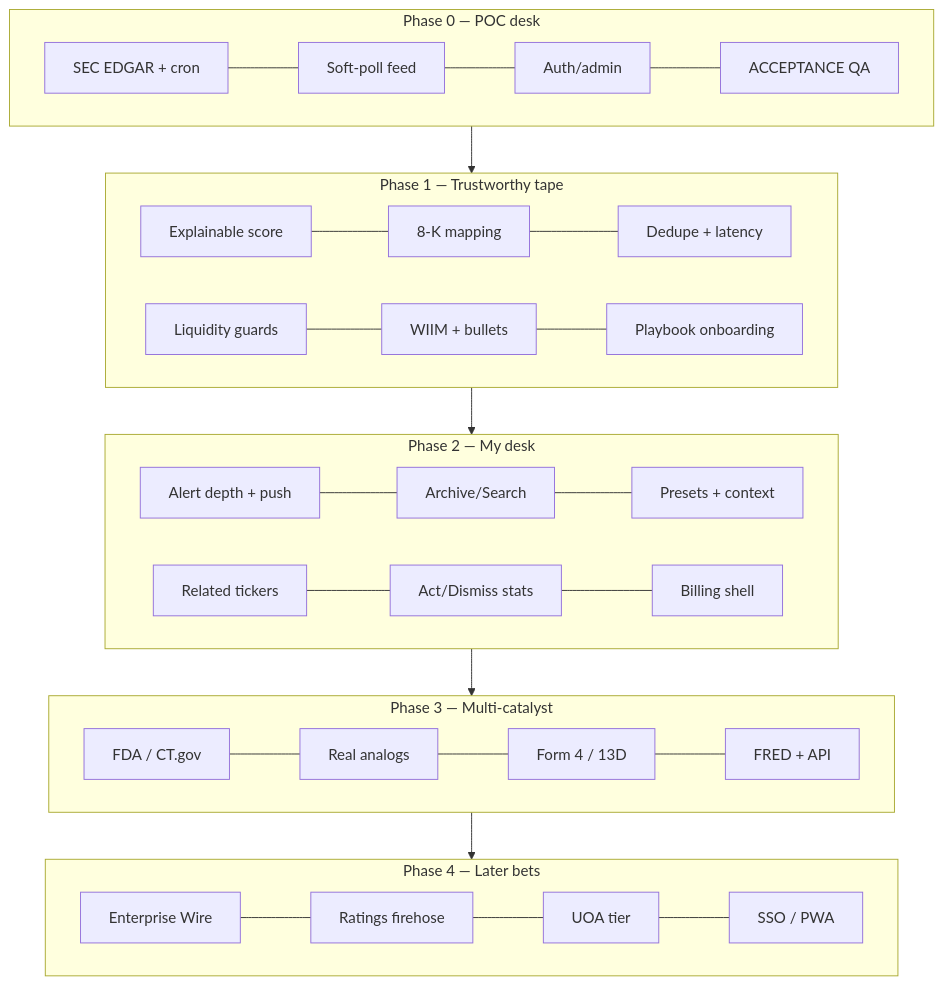
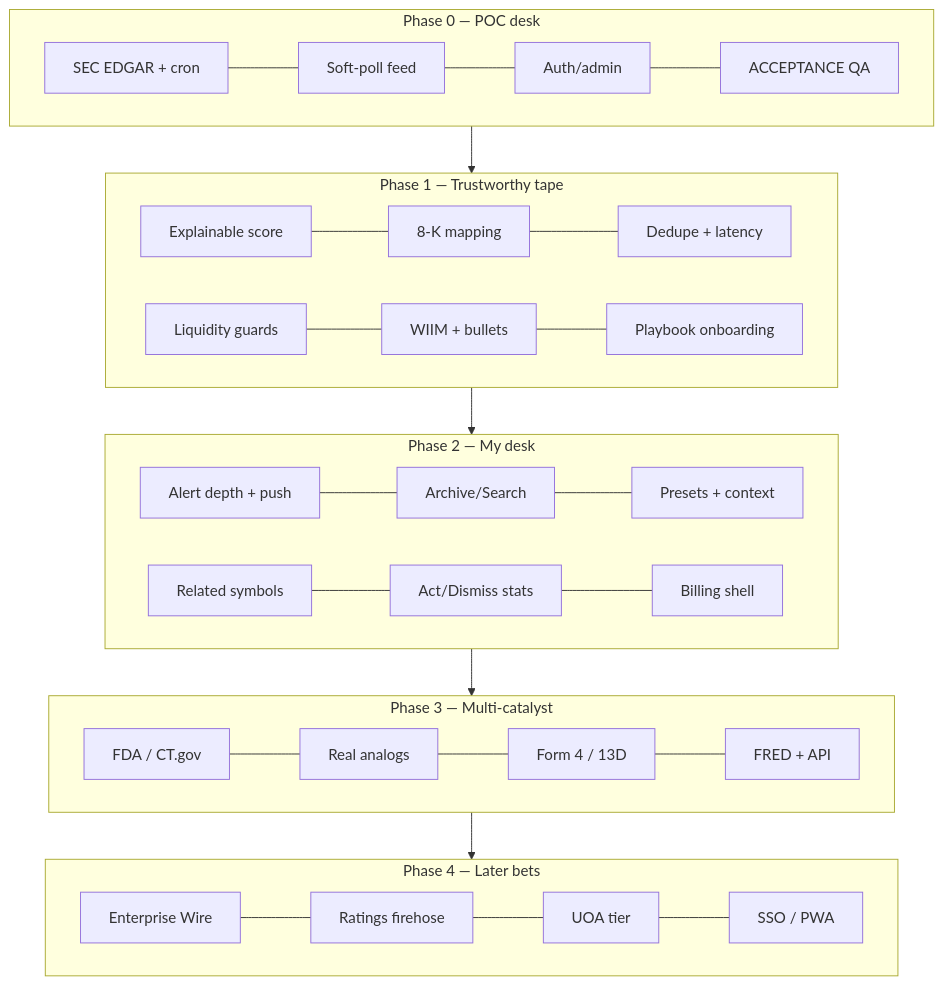
Before and after one commit to catalystintel/catalyst-intel: the seventh of 12 diagrams in docs/research/ENGINEER-UX-FEATURE-ROADMAP-VISUAL.md, drawn with Mermaid. The commit also changed other lines of this file and 100 other files, not shown here.

````diff
--- a/docs/research/ENGINEER-UX-FEATURE-ROADMAP-VISUAL.md
+++ b/docs/research/ENGINEER-UX-FEATURE-ROADMAP-VISUAL.md
@@ -269,31 +269,31 @@
 ```mermaid
 flowchart TB
   subgraph P0["Phase 0 — POC desk"]
     direction LR
     P0a[SEC EDGAR + cron] --- P0b[Soft-poll feed] --- P0c[Auth/admin] --- P0d[ACCEPTANCE QA]
   end
 
   subgraph P1["Phase 1 — Trustworthy tape"]
     direction LR
     P1a[Explainable score] --- P1b[8-K mapping] --- P1c[Dedupe + latency]
     P1d[Liquidity guards] --- P1e[WIIM + bullets] --- P1f[Playbook onboarding]
   end
 
   subgraph P2["Phase 2 — My desk"]
     direction LR
     P2a[Alert depth + push] --- P2b[Archive/Search] --- P2c[Presets + context]
-    P2d[Related tickers] --- P2e[Act/Dismiss stats] --- P2f[Billing shell]
+    P2d[Related symbols] --- P2e[Act/Dismiss stats] --- P2f[Billing shell]
   end
 
   subgraph P3["Phase 3 — Multi-catalyst"]
     direction LR
     P3a[FDA / CT.gov] --- P3b[Real analogs] --- P3c[Form 4 / 13D] --- P3d[FRED + API]
   end
 
   subgraph P4["Phase 4 — Later bets"]
     direction LR
     P4a[Enterprise Wire] --- P4b[Ratings firehose] --- P4c[UOA tier] --- P4d[SSO / PWA]
   end
 
   P0 --> P1 --> P2 --> P3 --> P4
 ```
````
